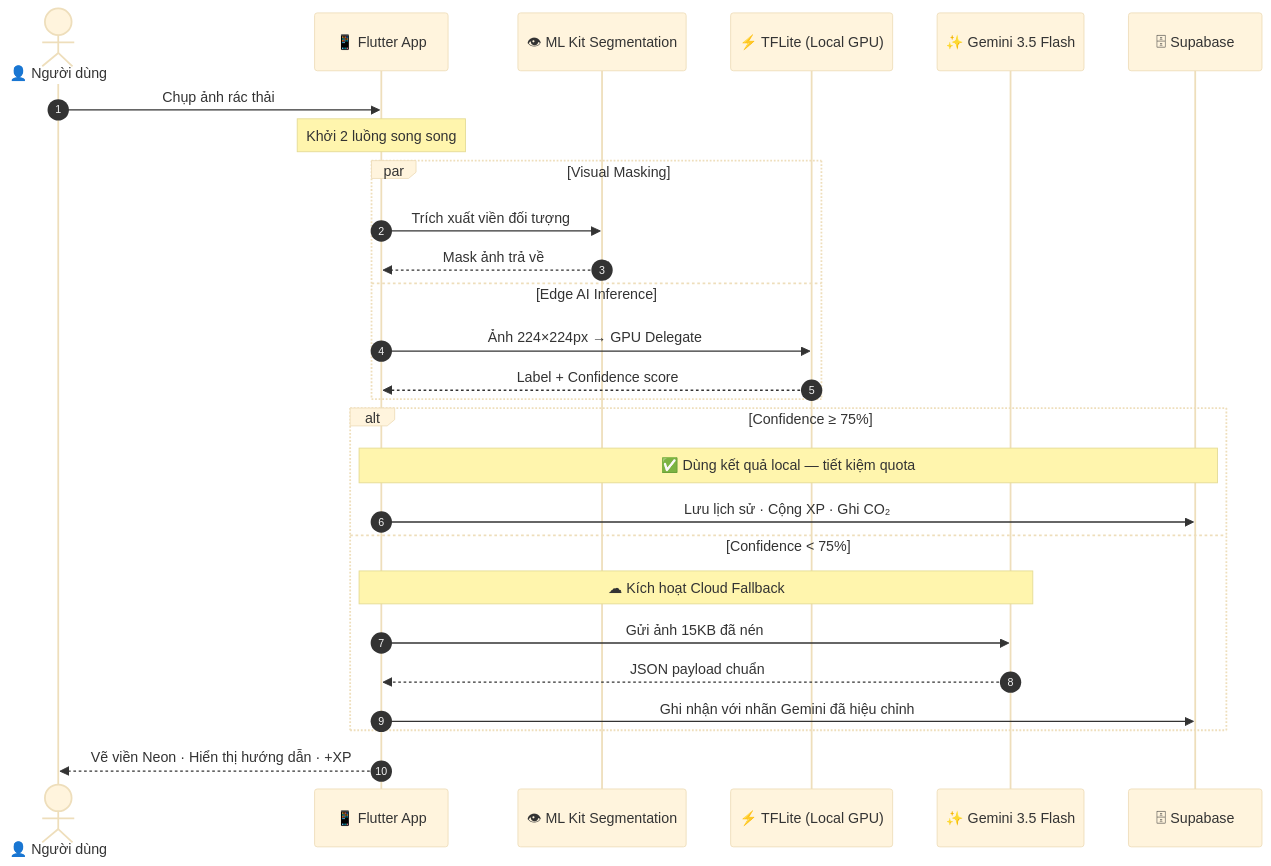
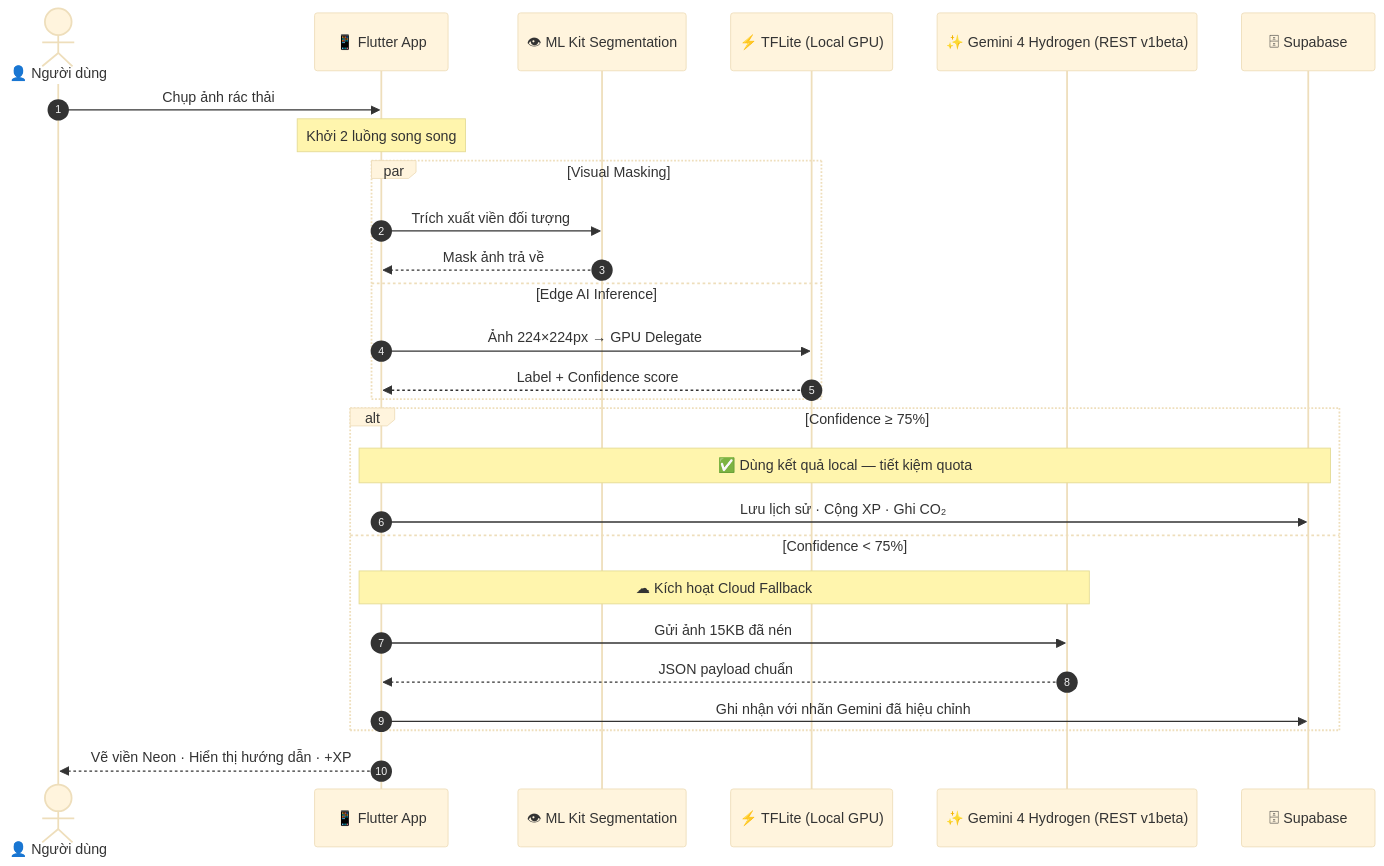
Before and after one commit to gbao86/AI_Garbage_Classification_Application: the first of 2 diagrams in README.md, drawn with Mermaid (base theme). The commit also changed other lines of this file and 3 other files, not shown here.

Commit message:
docs(v0.5.91): sync README and Web Admin defaults/sanitizer to Gemini 4 Hydrogen

````diff
--- a/README.md
+++ b/README.md
@@ -38,33 +38,33 @@
 ```mermaid
 sequenceDiagram
     autonumber
     actor User as 👤 Người dùng
     participant App as 📱 Flutter App
     participant ML  as 👁 ML Kit Segmentation
     participant TF  as ⚡ TFLite (Local GPU)
-    participant API as ✨ Gemini 3.5 Flash
+    participant API as ✨ Gemini 4 Hydrogen (REST v1beta)
     participant DB  as 🗄 Supabase
 
     User->>App: Chụp ảnh rác thải
     Note over App: Khởi 2 luồng song song
 
     par Visual Masking
         App->>ML: Trích xuất viền đối tượng
         ML-->>App: Mask ảnh trả về
     and Edge AI Inference
         App->>TF: Ảnh 224×224px → GPU Delegate
         TF-->>App: Label + Confidence score
     end
 
     alt Confidence ≥ 75%
         Note over App,DB: ✅ Dùng kết quả local — tiết kiệm quota
         App->>DB: Lưu lịch sử · Cộng XP · Ghi CO₂
     else Confidence < 75%
         Note over App,API: ☁ Kích hoạt Cloud Fallback
         App->>API: Gửi ảnh 15KB đã nén
         API-->>App: JSON payload chuẩn
         App->>DB: Ghi nhận với nhãn Gemini đã hiệu chỉnh
     end
 
     App-->>User: Vẽ viền Neon · Hiển thị hướng dẫn · +XP
 ```
````
